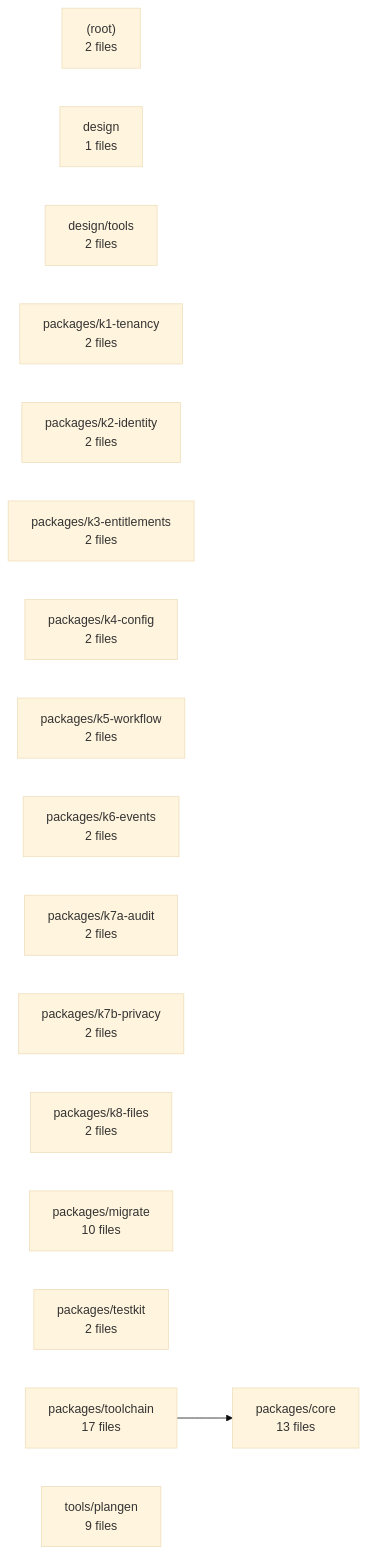
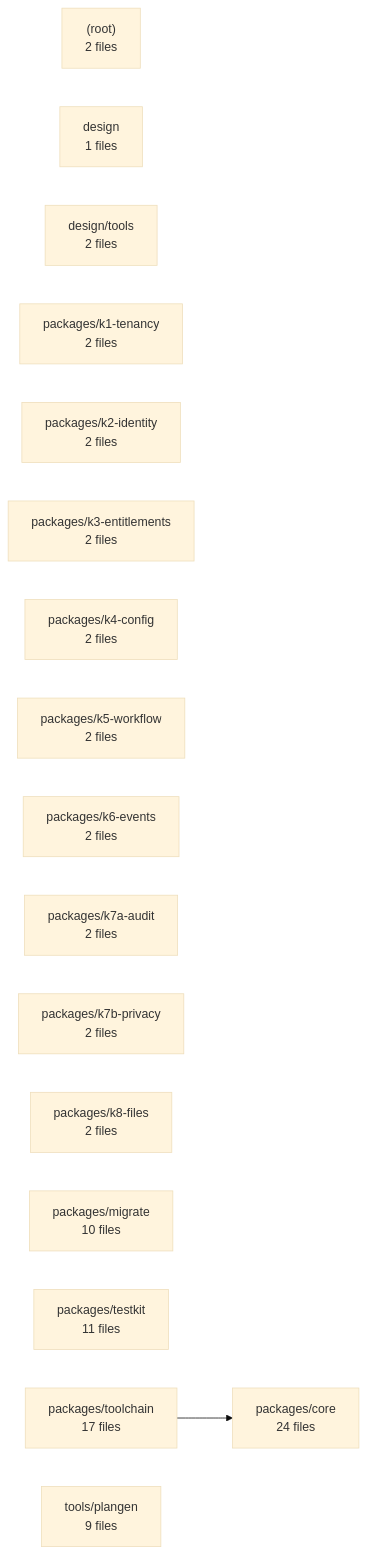
Before and after one commit to AadarshMishraa/epc_dashboard: the diagram in .claude/map/diagrams/modules.mmd, drawn with Mermaid (base theme). The commit also changed 54 other files, not shown here.

```diff
--- a/.claude/map/diagrams/modules.mmd
+++ b/.claude/map/diagrams/modules.mmd
@@ -1,19 +1,19 @@
 flowchart LR
   _root_["(root)<br/>2 files"]
   design["design<br/>1 files"]
   design_tools["design/tools<br/>2 files"]
-  packages_core["packages/core<br/>13 files"]
+  packages_core["packages/core<br/>24 files"]
   packages_k1_tenancy["packages/k1-tenancy<br/>2 files"]
   packages_k2_identity["packages/k2-identity<br/>2 files"]
   packages_k3_entitlements["packages/k3-entitlements<br/>2 files"]
   packages_k4_config["packages/k4-config<br/>2 files"]
   packages_k5_workflow["packages/k5-workflow<br/>2 files"]
   packages_k6_events["packages/k6-events<br/>2 files"]
   packages_k7a_audit["packages/k7a-audit<br/>2 files"]
   packages_k7b_privacy["packages/k7b-privacy<br/>2 files"]
   packages_k8_files["packages/k8-files<br/>2 files"]
   packages_migrate["packages/migrate<br/>10 files"]
-  packages_testkit["packages/testkit<br/>2 files"]
+  packages_testkit["packages/testkit<br/>11 files"]
   packages_toolchain["packages/toolchain<br/>17 files"]
   tools_plangen["tools/plangen<br/>9 files"]
   packages_toolchain --> packages_core
```
